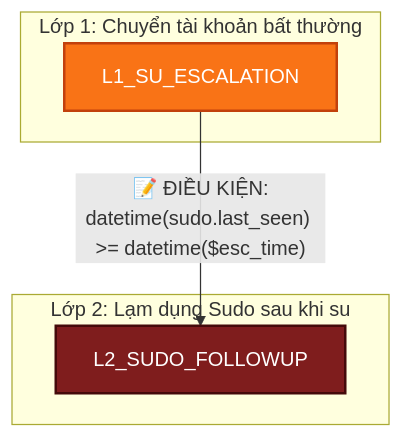
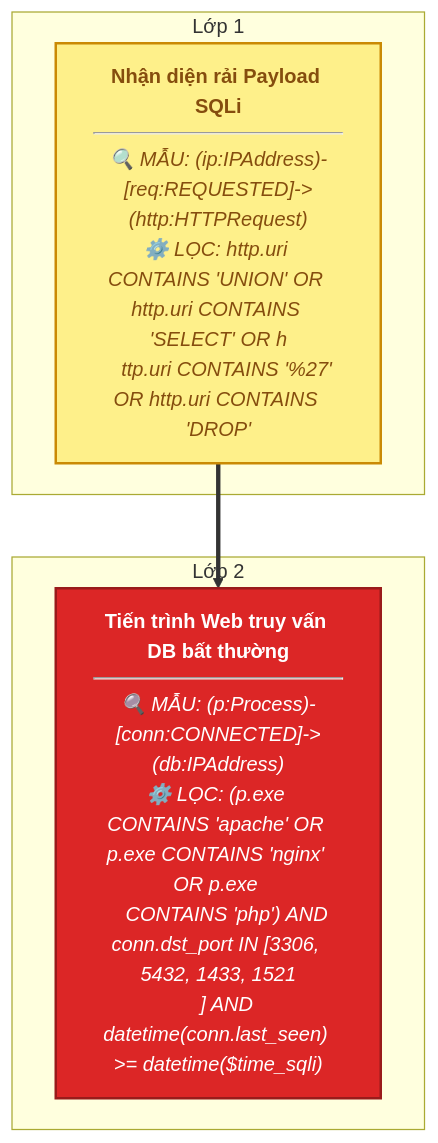
Before and after one commit to ttm62/bug-free-doodle: the eighth of 14 diagrams in all_rules/README.md, drawn with Mermaid. The commit also changed other lines of this file and 31 other files, not shown here.

````diff
--- a/all_rules/README.md
+++ b/all_rules/README.md
@@ -174,15 +129,15 @@
 ```mermaid
 graph TD
     classDef low fill:#fef08a,stroke:#ca8a04,stroke-width:2px,color:#854d0e;
     classDef medium fill:#f97316,stroke:#c2410c,stroke-width:2px,color:#fff;
     classDef high fill:#dc2626,stroke:#991b1b,stroke-width:2px,color:#fff;
     classDef critical fill:#7f1d1d,stroke:#450a0a,stroke-width:2px,color:#fff;
 
-    subgraph Layer1 ["Lớp 1: Chuyển tài khoản bất thường"]
-        L1_SU_ESCALATION["L1_SU_ESCALATION"]:::medium
+    subgraph Layer_L1_SQLI_DETECT ["Lớp 1"]
+        L1_SQLI_DETECT["<b>Nhận diện rải Payload SQLi</b><br/><hr/><i>🔍 MẪU: (ip:IPAddress)-[req:REQUESTED]->(http:HTTPRequest)<br/>⚙️ LỌC: http.uri CONTAINS 'UNION' OR http.uri CONTAINS 'SELECT' OR h<br/>&nbsp;&nbsp;&nbsp;&nbsp;ttp.uri CONTAINS '%27' OR http.uri CONTAINS 'DROP'</i>"]:::low
     end
-    subgraph Layer2 ["Lớp 2: Lạm dụng Sudo sau khi su"]
-        L2_SUDO_FOLLOWUP["L2_SUDO_FOLLOWUP"]:::critical
+    subgraph Layer_L2_DB_CONNECTION ["Lớp 2"]
+        L2_DB_CONNECTION["<b>Tiến trình Web truy vấn DB bất thường</b><br/><hr/><i>🔍 MẪU: (p:Process)-[conn:CONNECTED]->(db:IPAddress)<br/>⚙️ LỌC: (p.exe CONTAINS 'apache' OR p.exe CONTAINS 'nginx' OR p.exe <br/>&nbsp;&nbsp;&nbsp;&nbsp;CONTAINS 'php') AND conn.dst_port IN [3306, 5432, 1433, 1521<br/>&nbsp;&nbsp;&nbsp;&nbsp;] AND datetime(conn.last_seen) >= datetime($time_sqli)</i>"]:::high
     end
-    L1_SU_ESCALATION -->|"📝 ĐIỀU KIỆN:<br/>datetime(sudo.last_seen) >= datetime($esc_time)"| L2_SUDO_FOLLOWUP
+    L1_SQLI_DETECT ==> L2_DB_CONNECTION
 ```
````
